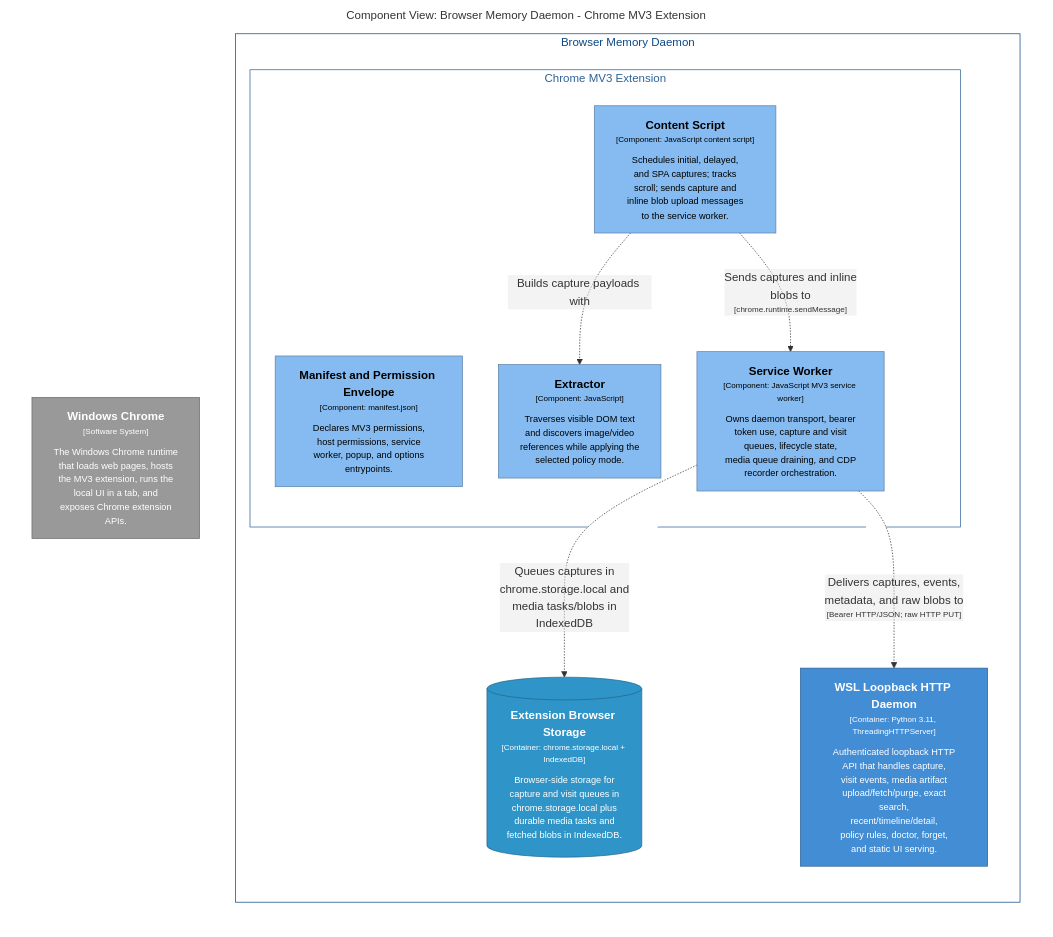
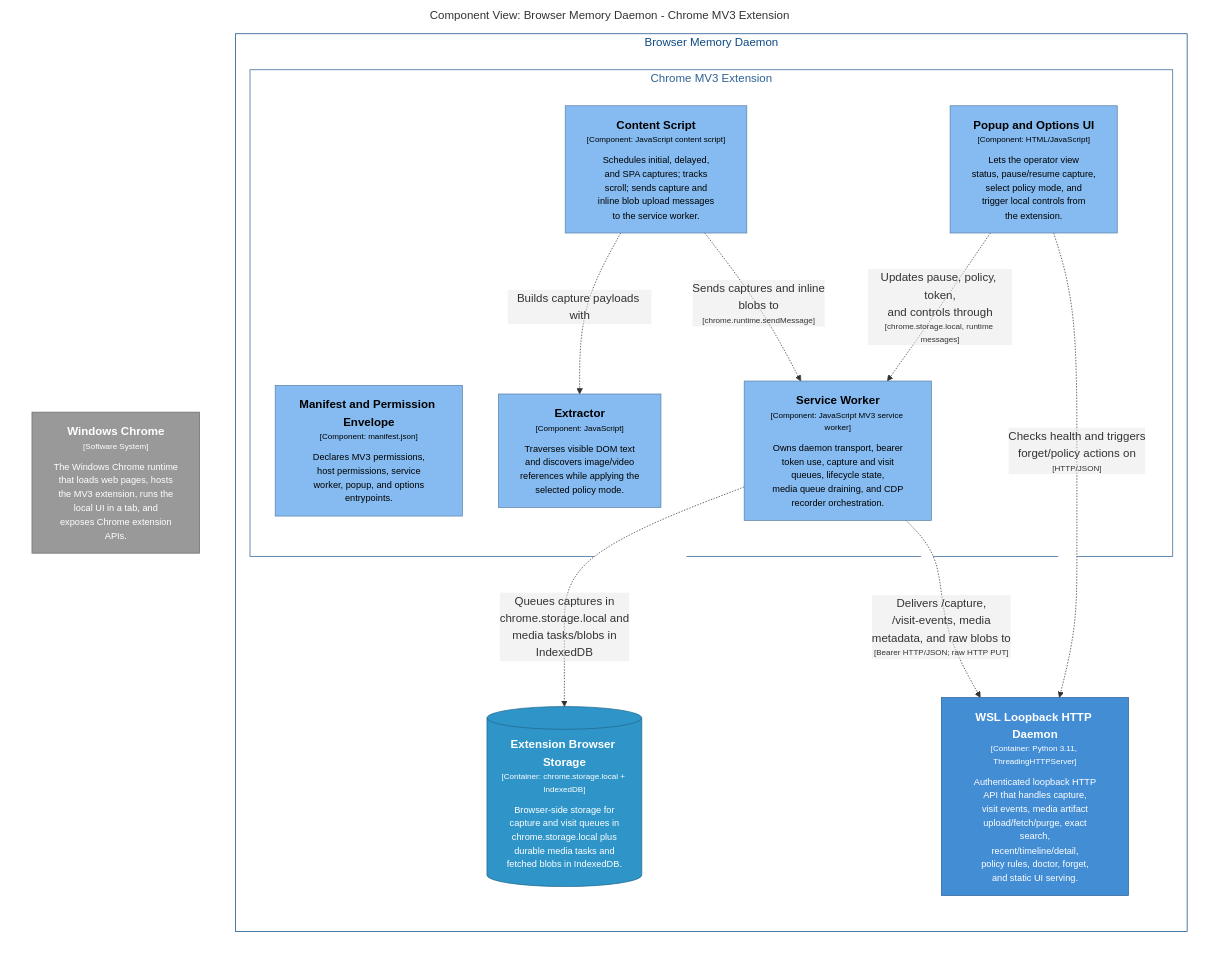
The diagram in architecture/diagrams/structurizr-ExtensionCaptureComponents.mmd (michaelnicks0/browser-memory-daemon), drawn with Mermaid before and after one commit. The commit also changed 105 other files, not shown here.

Commit message:
docs: reconcile C4 and behavioral diagrams

```diff
--- a/architecture/diagrams/structurizr-ExtensionCaptureComponents.mmd
+++ b/architecture/diagrams/structurizr-ExtensionCaptureComponents.mmd
@@ -1,37 +1,41 @@
 graph LR
   linkStyle default fill:#ffffff
 
   subgraph diagram ["Component View: Browser Memory Daemon - Chrome MV3 Extension"]
     style diagram fill:#ffffff,stroke:#ffffff
 
     2["<div style='font-weight: bold'>Windows Chrome</div><div style='font-size: 70%; margin-top: 0px'>[Software System]</div><div style='font-size: 80%; margin-top:10px'>The Windows Chrome runtime<br />that loads web pages, hosts<br />the MV3 extension, runs the<br />local UI in a tab, and<br />exposes Chrome extension<br />APIs.</div>"]
     style 2 fill:#999999,stroke:#6b6b6b,color:#ffffff
 
     subgraph 4 ["Browser Memory Daemon"]
       style 4 fill:#ffffff,stroke:#0b4884,color:#0b4884
 
       subgraph 5 ["Chrome MV3 Extension"]
         style 5 fill:#ffffff,stroke:#2e6295,color:#2e6295
 
+        12["<div style='font-weight: bold'>Popup and Options UI</div><div style='font-size: 70%; margin-top: 0px'>[Component: HTML/JavaScript]</div><div style='font-size: 80%; margin-top:10px'>Lets the operator view<br />status, pause/resume capture,<br />select policy mode, and<br />trigger local controls from<br />the extension.</div>"]
+        style 12 fill:#85bbf0,stroke:#5d82a8,color:#000000
         6["<div style='font-weight: bold'>Manifest and Permission Envelope</div><div style='font-size: 70%; margin-top: 0px'>[Component: manifest.json]</div><div style='font-size: 80%; margin-top:10px'>Declares MV3 permissions,<br />host permissions, service<br />worker, popup, and options<br />entrypoints.</div>"]
         style 6 fill:#85bbf0,stroke:#5d82a8,color:#000000
         7["<div style='font-weight: bold'>Extractor</div><div style='font-size: 70%; margin-top: 0px'>[Component: JavaScript]</div><div style='font-size: 80%; margin-top:10px'>Traverses visible DOM text<br />and discovers image/video<br />references while applying the<br />selected policy mode.</div>"]
         style 7 fill:#85bbf0,stroke:#5d82a8,color:#000000
         8["<div style='font-weight: bold'>Content Script</div><div style='font-size: 70%; margin-top: 0px'>[Component: JavaScript content script]</div><div style='font-size: 80%; margin-top:10px'>Schedules initial, delayed,<br />and SPA captures; tracks<br />scroll; sends capture and<br />inline blob upload messages<br />to the service worker.</div>"]
         style 8 fill:#85bbf0,stroke:#5d82a8,color:#000000
         9["<div style='font-weight: bold'>Service Worker</div><div style='font-size: 70%; margin-top: 0px'>[Component: JavaScript MV3 service worker]</div><div style='font-size: 80%; margin-top:10px'>Owns daemon transport, bearer<br />token use, capture and visit<br />queues, lifecycle state,<br />media queue draining, and CDP<br />recorder orchestration.</div>"]
         style 9 fill:#85bbf0,stroke:#5d82a8,color:#000000
       end
 
       13[("<div style='font-weight: bold'>Extension Browser Storage</div><div style='font-size: 70%; margin-top: 0px'>[Container: chrome.storage.local + IndexedDB]</div><div style='font-size: 80%; margin-top:10px'>Browser-side storage for<br />capture and visit queues in<br />chrome.storage.local plus<br />durable media tasks and<br />fetched blobs in IndexedDB.</div>")]
       style 13 fill:#2f95c8,stroke:#20688c,color:#ffffff
       14["<div style='font-weight: bold'>WSL Loopback HTTP Daemon</div><div style='font-size: 70%; margin-top: 0px'>[Container: Python 3.11, ThreadingHTTPServer]</div><div style='font-size: 80%; margin-top:10px'>Authenticated loopback HTTP<br />API that handles capture,<br />visit events, media artifact<br />upload/fetch/purge, exact<br />search,<br />recent/timeline/detail,<br />policy rules, doctor, forget,<br />and static UI serving.</div>"]
       style 14 fill:#438dd5,stroke:#2e6295,color:#ffffff
     end
 
     8-. "<div>Builds capture payloads with</div><div style='font-size: 70%'></div>" .->7
     8-. "<div>Sends captures and inline<br />blobs to</div><div style='font-size: 70%'>[chrome.runtime.sendMessage]</div>" .->9
     9-. "<div>Queues captures in<br />chrome.storage.local and<br />media tasks/blobs in<br />IndexedDB</div><div style='font-size: 70%'></div>" .->13
-    9-. "<div>Delivers captures, events,<br />metadata, and raw blobs to</div><div style='font-size: 70%'>[Bearer HTTP/JSON; raw HTTP PUT]</div>" .->14
+    9-. "<div>Delivers /capture,<br />/visit-events, media<br />metadata, and raw blobs to</div><div style='font-size: 70%'>[Bearer HTTP/JSON; raw HTTP PUT]</div>" .->14
+    12-. "<div>Updates pause, policy, token,<br />and controls through</div><div style='font-size: 70%'>[chrome.storage.local, runtime messages]</div>" .->9
+    12-. "<div>Checks health and triggers<br />forget/policy actions on</div><div style='font-size: 70%'>[HTTP/JSON]</div>" .->14
 
   end
```
